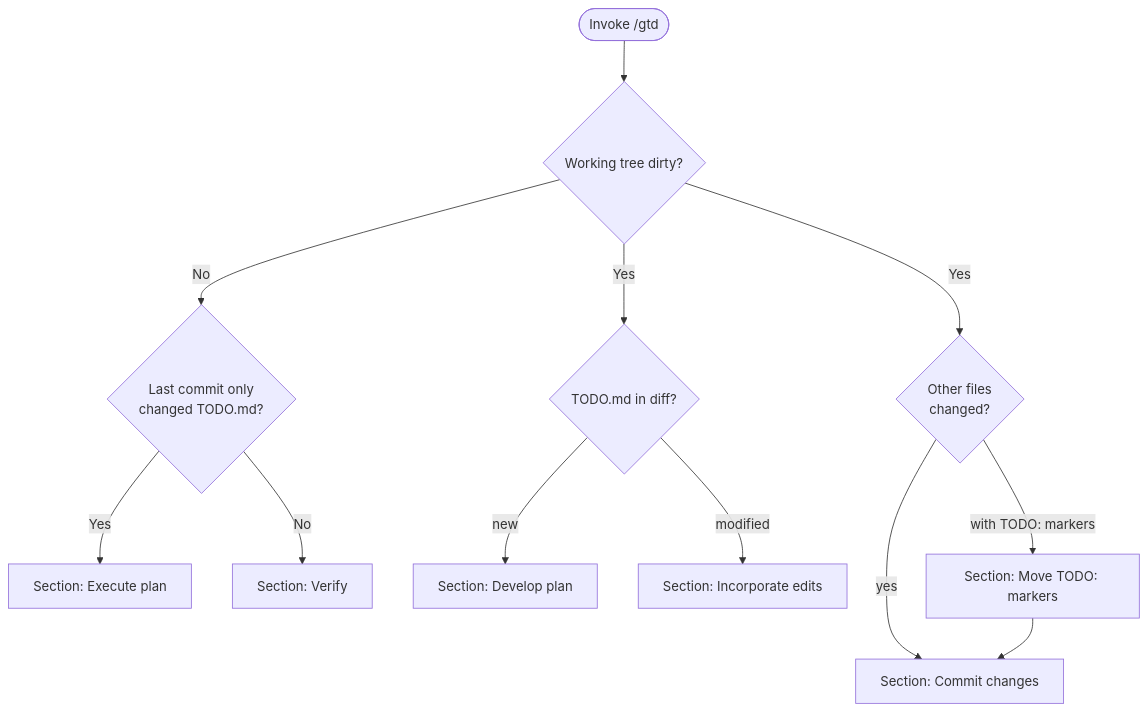
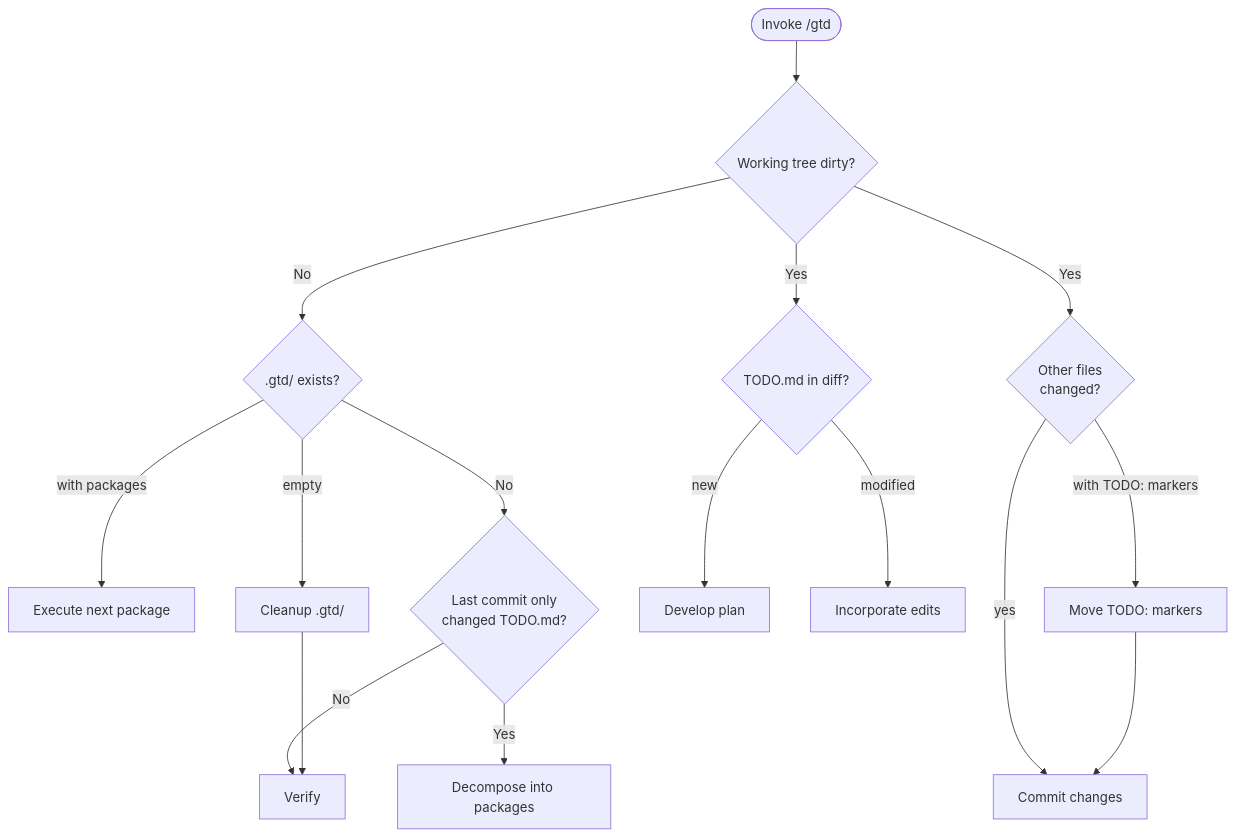
The diagram in README.md (pmelab/gtd), drawn with Mermaid before and after one commit. The commit also changed other lines of this file and 18 other files, not shown here.

````diff
--- a/README.md
+++ b/README.md
@@ -62,14 +83,18 @@
 ```mermaid
 flowchart TD
     Start([Invoke /gtd]) --> Dirty{Working tree dirty?}
-    Dirty -->|No| Last{Last commit only<br/>changed TODO.md?}
-    Last -->|Yes| Build[Section: Execute plan]
-    Last -->|No| Verify[Section: Verify]
+    Dirty -->|No| Gtd{.gtd/ exists?}
+    Gtd -->|with packages| Execute[Execute next package]
+    Gtd -->|empty| Cleanup[Cleanup .gtd/]
+    Gtd -->|No| Last{Last commit only<br/>changed TODO.md?}
+    Last -->|Yes| Decompose[Decompose into packages]
+    Last -->|No| Verify[Verify]
     Dirty -->|Yes| Todo{TODO.md in diff?}
-    Todo -->|new| Seed[Section: Develop plan]
-    Todo -->|modified| Refine[Section: Incorporate edits]
+    Todo -->|new| Seed[Develop plan]
+    Todo -->|modified| Refine[Incorporate edits]
     Dirty -->|Yes| Other{Other files<br/>changed?}
-    Other -->|with TODO: markers| Markers[Section: Move TODO: markers]
-    Other -->|yes| Commit[Section: Commit changes]
+    Other -->|with TODO: markers| Markers[Move TODO: markers]
+    Other -->|yes| Commit[Commit changes]
     Markers --> Commit
+    Cleanup --> Verify
 ```
````
